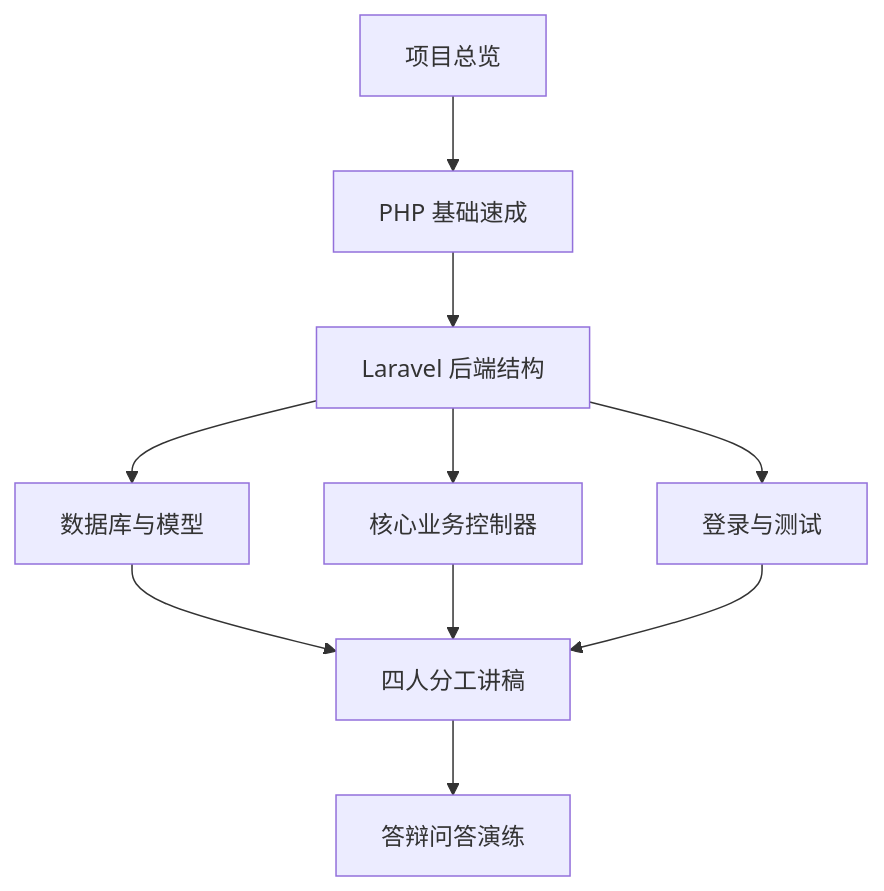
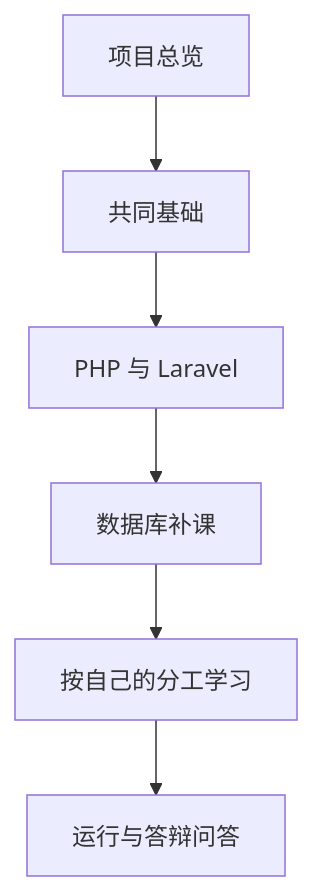
Before and after one commit to YangYuS8/ocean-course-design: the second of 2 diagrams in website/docs/index.md, drawn with Mermaid. The commit also changed other lines of this file and 49 other files, not shown here.

````diff
--- a/website/docs/index.md
+++ b/website/docs/index.md
@@ -18,12 +39,8 @@
 ```mermaid
 flowchart TD
-  A[项目总览] --> B[PHP 基础速成]
-  B --> C[Laravel 后端结构]
-  C --> D[数据库与模型]
-  C --> E[核心业务控制器]
-  C --> F[登录与测试]
-  D --> G[四人分工讲稿]
-  E --> G
-  F --> G
-  G --> H[答辩问答演练]
+  A[项目总览] --> B[共同基础]
+  B --> C[PHP 与 Laravel]
+  C --> D[数据库补课]
+  D --> E[按自己的分工学习]
+  E --> F[运行与答辩问答]
 ```
````
